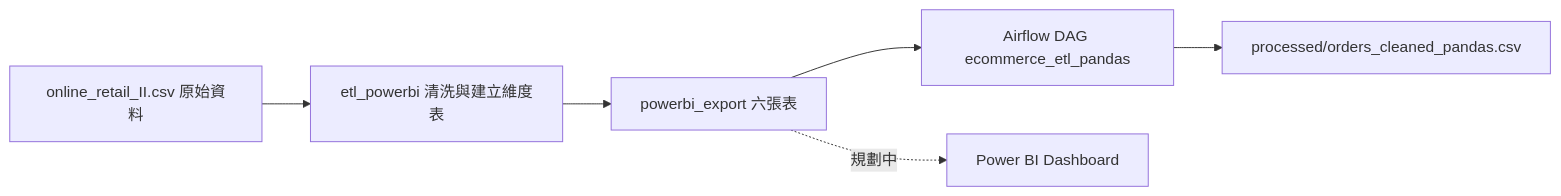
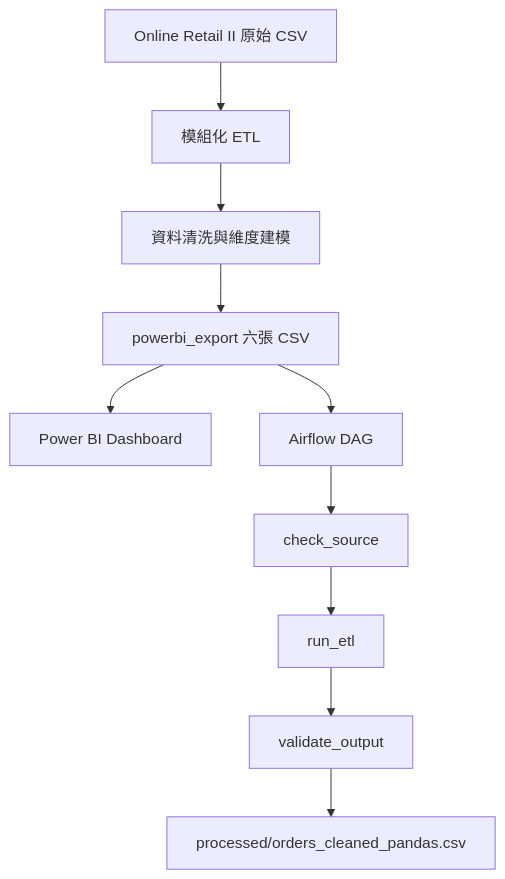
Before and after one commit to mofanchang/LLM-Powered-Copywriting-Diagnosis-Hot-Seller-Prediction-for-E-Commerce: the first of 2 diagrams in docs/project4_orders_etl_airflow.md, drawn with Mermaid. The commit also changed other lines of this file, not shown here.

````diff
--- a/docs/project4_orders_etl_airflow.md
+++ b/docs/project4_orders_etl_airflow.md
@@ -18,8 +24,12 @@
 ```mermaid
-flowchart LR
-    A["online_retail_II.csv 原始資料"] --> B["etl_powerbi 清洗與建立維度表"]
-    B --> C["powerbi_export 六張表"]
-    C --> D["Airflow DAG ecommerce_etl_pandas"]
-    D --> E["processed/orders_cleaned_pandas.csv"]
-    C -.規劃中.-> G["Power BI Dashboard"]
+flowchart TD
+    A["Online Retail II 原始 CSV"] --> B["模組化 ETL"]
+    B --> C["資料清洗與維度建模"]
+    C --> D["powerbi_export 六張 CSV"]
+    D --> E["Power BI Dashboard"]
+    D --> F["Airflow DAG"]
+    F --> G["check_source"]
+    G --> H["run_etl"]
+    H --> I["validate_output"]
+    I --> J["processed/orders_cleaned_pandas.csv"]
 ```
````
